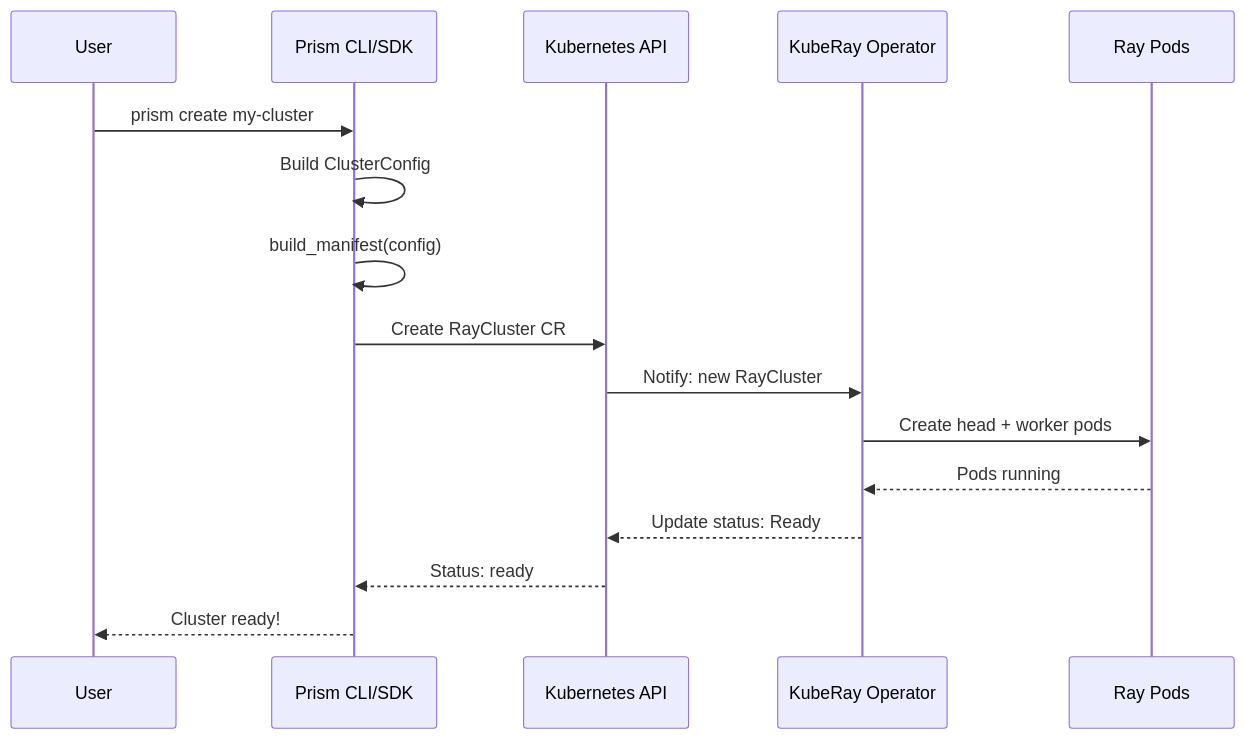
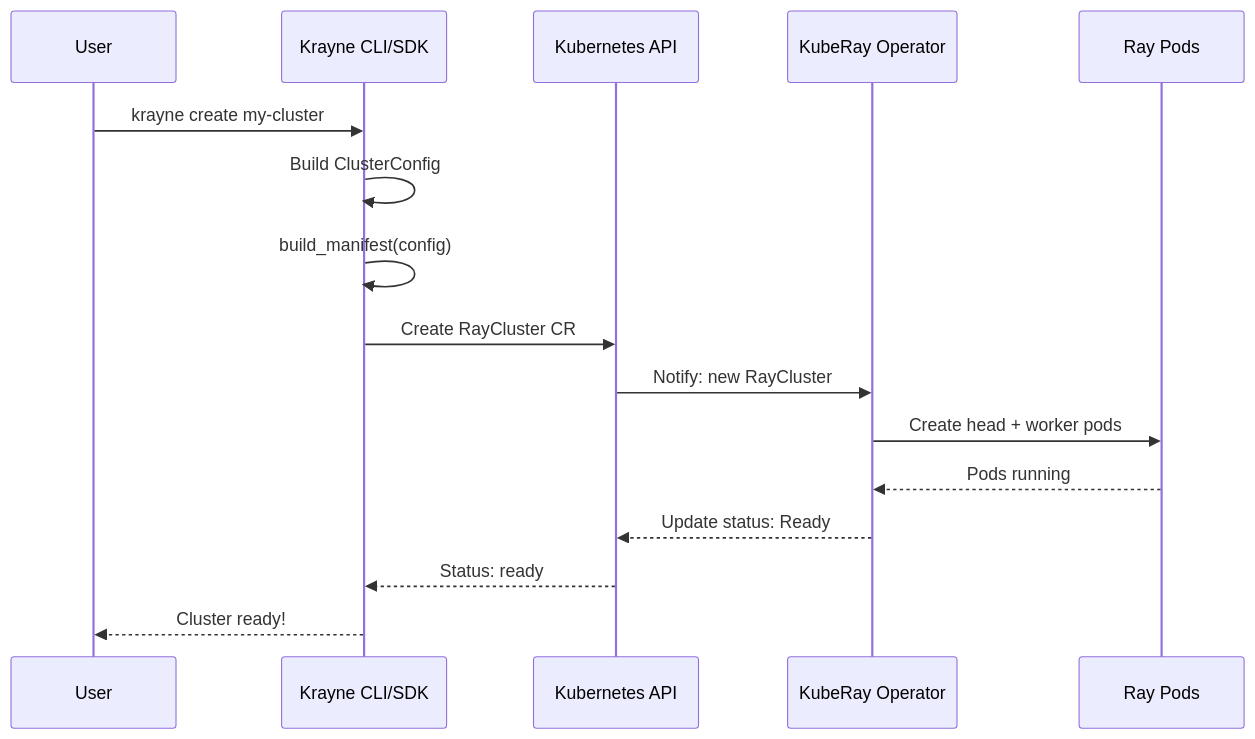
The second of 4 diagrams in docs/guide/core-concepts.md (roulbac/krayne), drawn with Mermaid before and after one commit. The commit also changed other lines of this file and 51 other files, not shown here.

First line of the commit message:
Rename project from Prism to Krayne

````diff
--- a/docs/guide/core-concepts.md
+++ b/docs/guide/core-concepts.md
@@ -48,19 +48,19 @@
 ```mermaid
 sequenceDiagram
   participant User
-  participant Prism as Prism CLI/SDK
+  participant Krayne as Krayne CLI/SDK
   participant K8s as Kubernetes API
   participant KubeRay as KubeRay Operator
   participant Pods as Ray Pods
 
-  User->>Prism: prism create my-cluster
-  Prism->>Prism: Build ClusterConfig
-  Prism->>Prism: build_manifest(config)
-  Prism->>K8s: Create RayCluster CR
+  User->>Krayne: krayne create my-cluster
+  Krayne->>Krayne: Build ClusterConfig
+  Krayne->>Krayne: build_manifest(config)
+  Krayne->>K8s: Create RayCluster CR
   K8s->>KubeRay: Notify: new RayCluster
   KubeRay->>Pods: Create head + worker pods
   Pods-->>KubeRay: Pods running
   KubeRay-->>K8s: Update status: Ready
-  K8s-->>Prism: Status: ready
-  Prism-->>User: Cluster ready!
+  K8s-->>Krayne: Status: ready
+  Krayne-->>User: Cluster ready!
 ```
````
